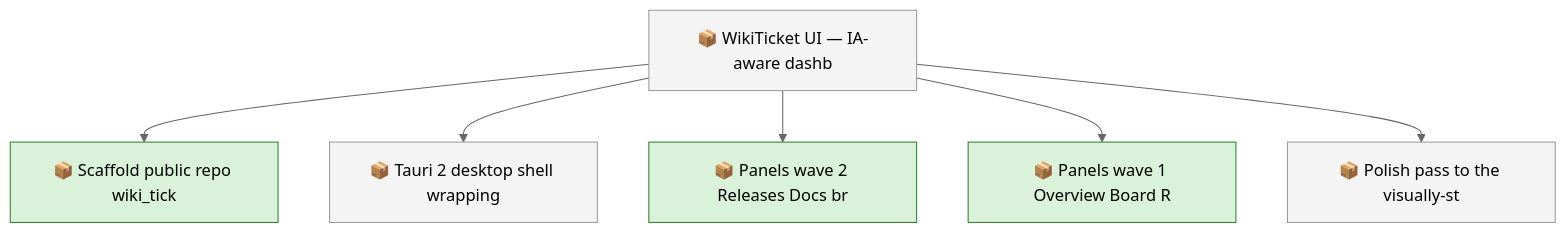
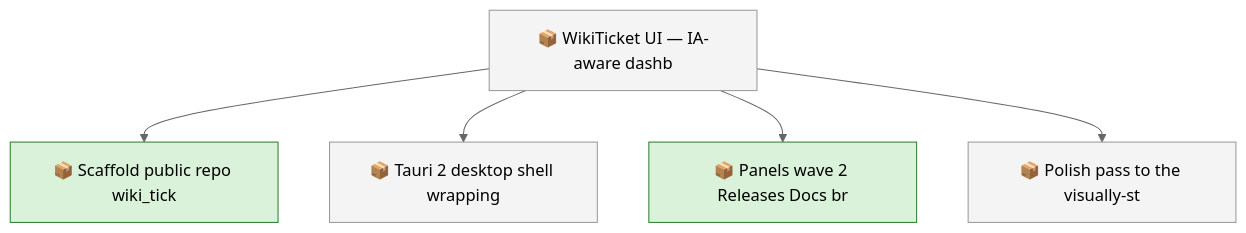
Before and after one commit to SpillwaveSolutions/wiki_ticket_sdd_ui: the first of 2 diagrams in docs/roadmap.md, drawn with Mermaid (neutral theme). The commit also changed other lines of this file and 13 other files, not shown here.

First line of the commit message:
feat(web): panels wave 1 — Overview, Board, Roadmap, Activity (#5)

````diff
--- a/docs/roadmap.md
+++ b/docs/roadmap.md
@@ -47,18 +46,16 @@
 ```mermaid
 graph TD
     01KY5ZZX8Y6N7E5YQYP4X1V7VA["📦 Scaffold public repo wiki_tick"]
     01KY5ZZX8YXD5YDJKQGJ3VCCHN["📦 WikiTicket UI — IA-aware dashb"]
     01KY5ZZX8Z46K7BCSPPFKN23JZ["📦 Tauri 2 desktop shell wrapping"]
     01KY5ZZX8ZBF099JH8N2ZRJKKE["📦 Panels wave 2 Releases Docs br"]
-    01KY5ZZX8ZTV1ZYR8FYGBEWKJV["📦 Panels wave 1 Overview Board R"]
     01KY5ZZX8ZYPXTMVCGX4AAZQSG["📦 Polish pass to the visually-st"]
     01KY5ZZX8YXD5YDJKQGJ3VCCHN --> 01KY5ZZX8Y6N7E5YQYP4X1V7VA
     01KY5ZZX8YXD5YDJKQGJ3VCCHN --> 01KY5ZZX8Z46K7BCSPPFKN23JZ
     01KY5ZZX8YXD5YDJKQGJ3VCCHN --> 01KY5ZZX8ZBF099JH8N2ZRJKKE
-    01KY5ZZX8YXD5YDJKQGJ3VCCHN --> 01KY5ZZX8ZTV1ZYR8FYGBEWKJV
     01KY5ZZX8YXD5YDJKQGJ3VCCHN --> 01KY5ZZX8ZYPXTMVCGX4AAZQSG
     classDef todo fill:#f4f4f4,stroke:#999999
     class 01KY5ZZX8YXD5YDJKQGJ3VCCHN,01KY5ZZX8Z46K7BCSPPFKN23JZ,01KY5ZZX8ZYPXTMVCGX4AAZQSG todo
     classDef in_progress fill:#d9f2d9,stroke:#2e7d32
-    class 01KY5ZZX8Y6N7E5YQYP4X1V7VA,01KY5ZZX8ZBF099JH8N2ZRJKKE,01KY5ZZX8ZTV1ZYR8FYGBEWKJV in_progress
+    class 01KY5ZZX8Y6N7E5YQYP4X1V7VA,01KY5ZZX8ZBF099JH8N2ZRJKKE in_progress
 ```
````
